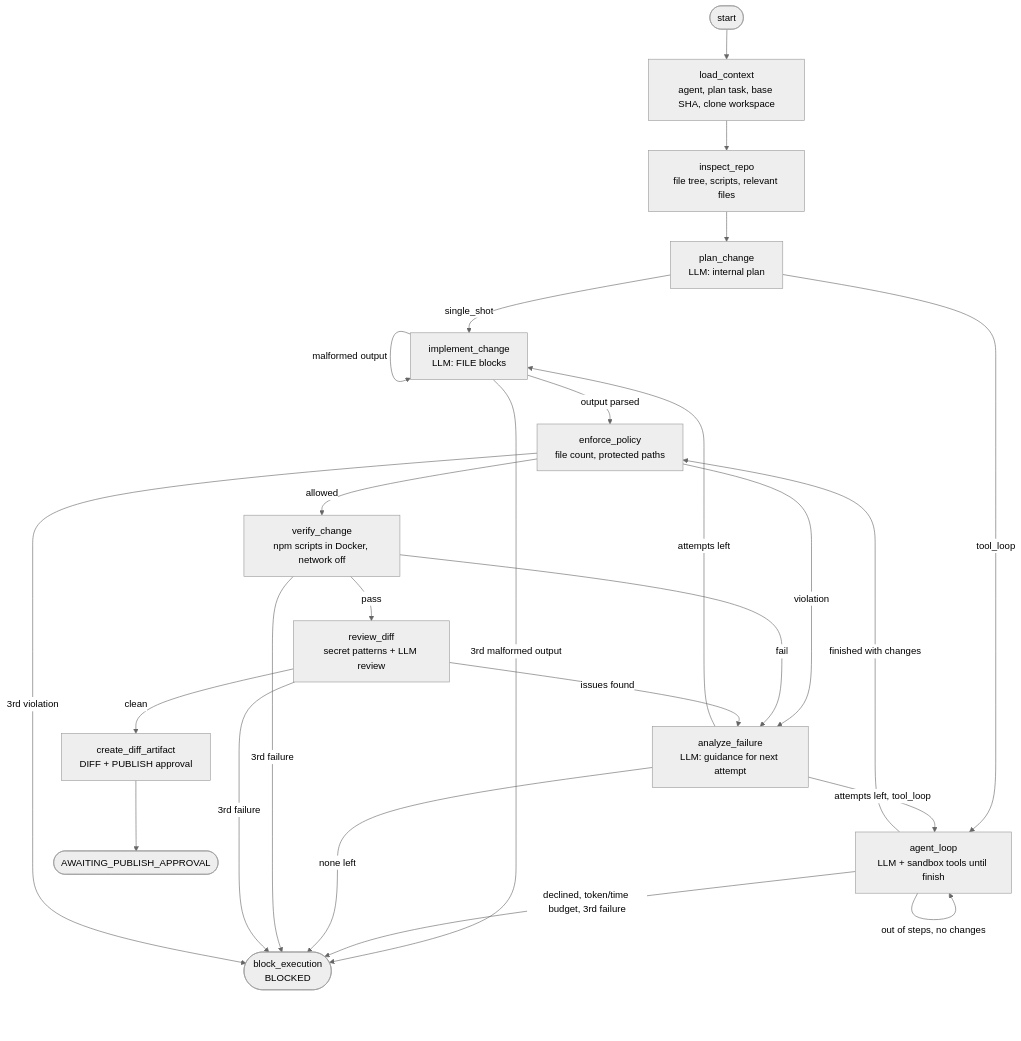
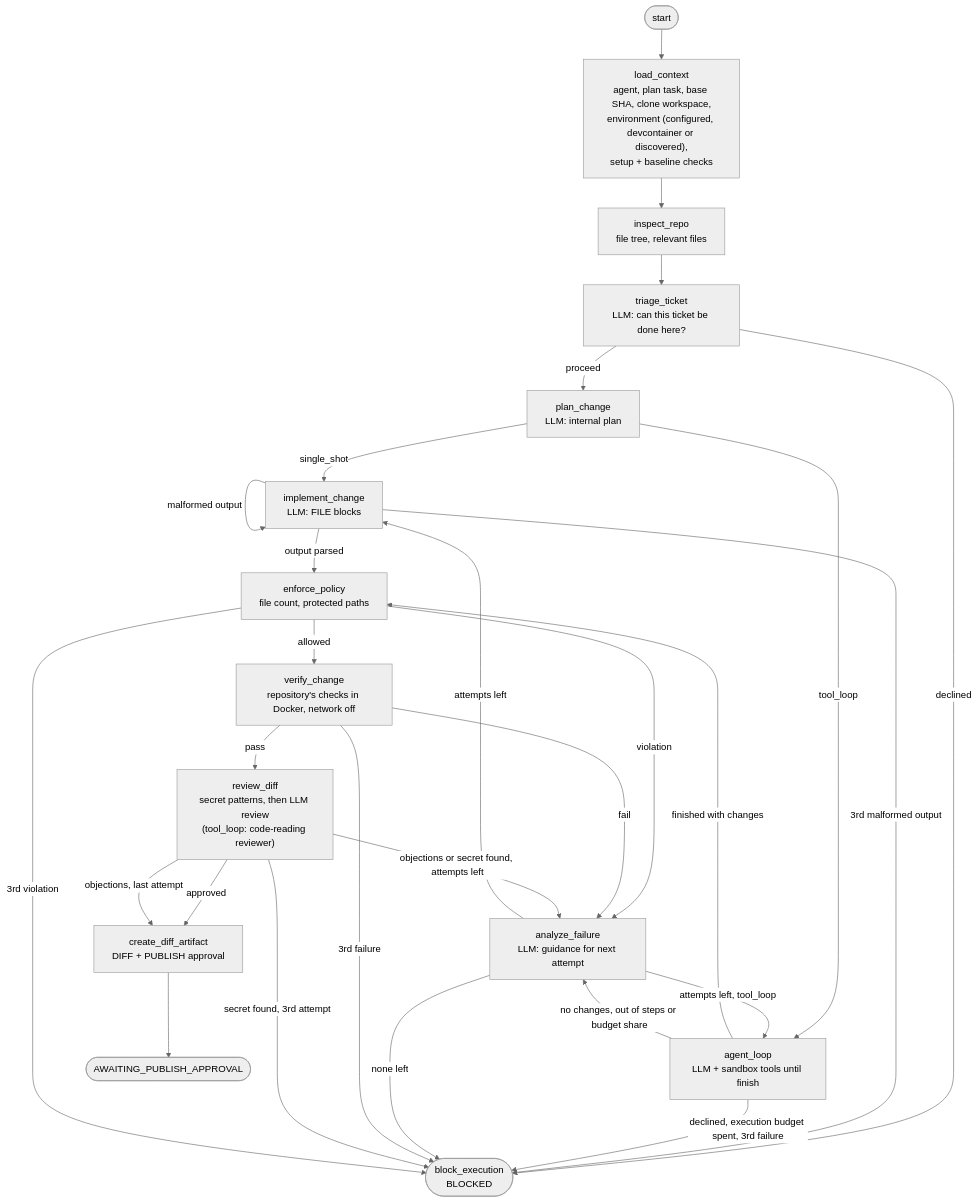
Before and after one commit to zack10/agent-orchestration-app-backend: the fourth of 7 diagrams in README.md, drawn with Mermaid (neutral theme). The commit also changed other lines of this file, not shown here.

First line of the commit message:
docs(readme): bring the diagrams and text up to date with the branch

````diff
--- a/README.md
+++ b/README.md
@@ -203,27 +207,30 @@
 ```mermaid
 flowchart TD
-    start([start]) --> load["load_context<br/>agent, plan task, base SHA, clone workspace"]
-    load --> inspect["inspect_repo<br/>file tree, scripts, relevant files"]
-    inspect --> plan["plan_change<br/>LLM: internal plan"]
+    start([start]) --> load["load_context<br/>agent, plan task, base SHA, clone workspace,<br/>environment (configured, devcontainer or discovered),<br/>setup + baseline checks"]
+    load --> inspect["inspect_repo<br/>file tree, relevant files"]
+    inspect --> triage["triage_ticket<br/>LLM: can this ticket be done here?"]
+    triage -->|declined| blocked
+    triage -->|proceed| plan["plan_change<br/>LLM: internal plan"]
     plan -->|single_shot| impl["implement_change<br/>LLM: FILE blocks"]
     plan -->|tool_loop| loop["agent_loop<br/>LLM + sandbox tools until finish"]
     impl -->|output parsed| policy["enforce_policy<br/>file count, protected paths"]
     impl -->|malformed output| impl
     impl -->|3rd malformed output| blocked
     loop -->|finished with changes| policy
-    loop -->|out of steps, no changes| loop
-    loop -->|declined, token/time budget, 3rd failure| blocked
+    loop -->|no changes, out of steps or budget share| analyze
+    loop -->|declined, execution budget spent, 3rd failure| blocked
     policy -->|violation| analyze
-    policy -->|allowed| verify["verify_change<br/>npm scripts in Docker, network off"]
-    verify -->|pass| review["review_diff<br/>secret patterns + LLM review"]
+    policy -->|allowed| verify["verify_change<br/>repository's checks in Docker, network off"]
+    verify -->|pass| review["review_diff<br/>secret patterns, then LLM review<br/>(tool_loop: code-reading reviewer)"]
     verify -->|fail| analyze["analyze_failure<br/>LLM: guidance for next attempt"]
-    review -->|issues found| analyze
-    review -->|clean| artifact["create_diff_artifact<br/>DIFF + PUBLISH approval"]
+    review -->|objections or secret found, attempts left| analyze
+    review -->|approved| artifact["create_diff_artifact<br/>DIFF + PUBLISH approval"]
+    review -->|objections, last attempt| artifact
     analyze -->|attempts left| impl
     analyze -->|attempts left, tool_loop| loop
     analyze -->|none left| blocked(["block_execution<br/>BLOCKED"])
     verify -->|3rd failure| blocked
-    review -->|3rd failure| blocked
+    review -->|secret found, 3rd attempt| blocked
     policy -->|3rd violation| blocked
     artifact --> done(["AWAITING_PUBLISH_APPROVAL"])
 ```
````
